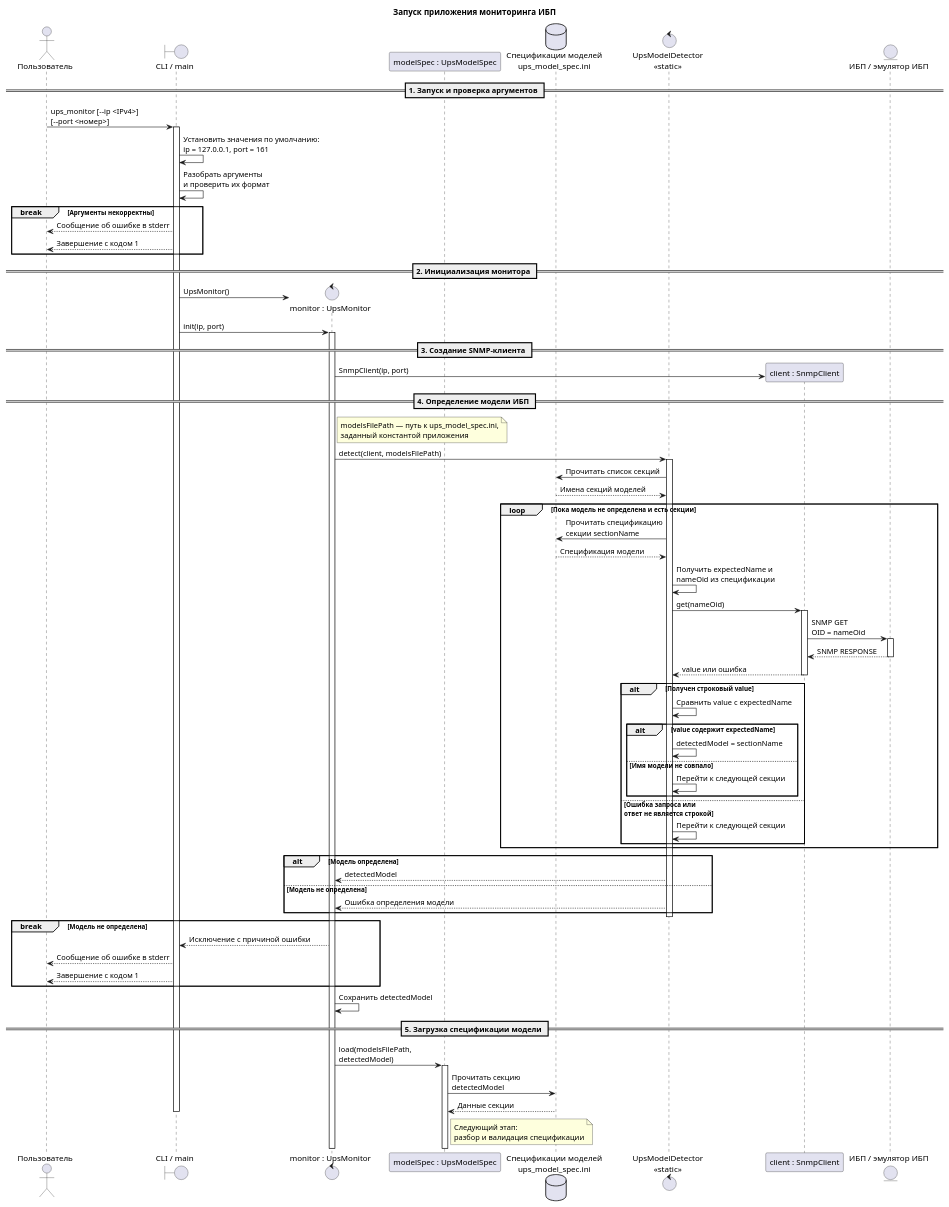
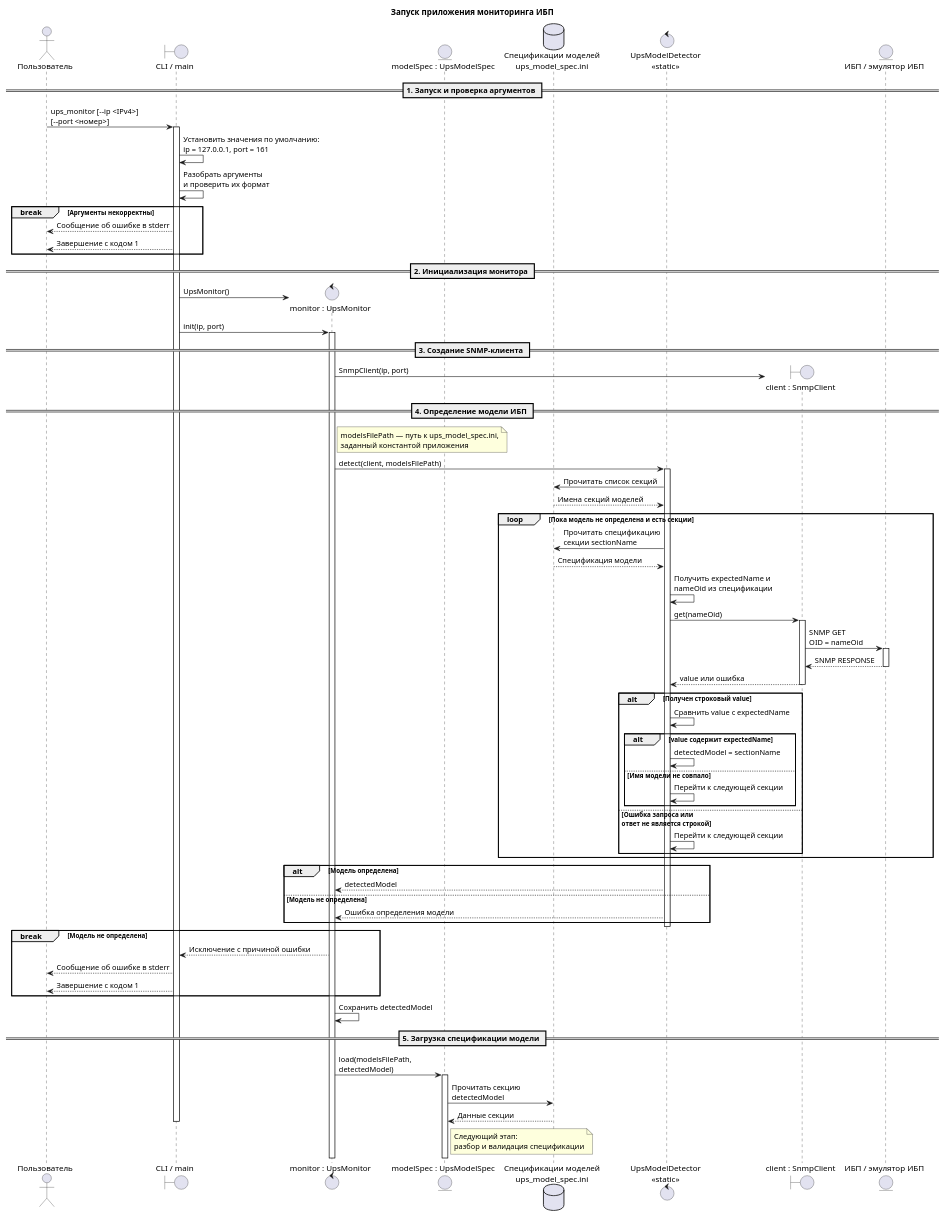
One commit to dvbgmdev-otus/ups_monitor changed the diagram in docs/technical_specification/sequence_diagram.puml. Above: the diagram before and after it, drawn with PlantUML.

Commit message:
docs(ups): уточнены роли участников диаграммы

```diff
--- a/docs/technical_specification/sequence_diagram.puml
+++ b/docs/technical_specification/sequence_diagram.puml
@@ -1,103 +1,103 @@
 @startuml ups_monitor_sequence
 title Запуск приложения мониторинга ИБП
 
 actor "Пользователь" as User
 boundary "CLI / main" as CLI
 
 == 1. Запуск и проверка аргументов ==
 
 User -> CLI: ups_monitor [~--ip <IPv4>]\n[~--port <номер>]
 activate CLI
 
 CLI -> CLI: Установить значения по умолчанию:\nip = 127.0.0.1, port = 161
 CLI -> CLI: Разобрать аргументы\nи проверить их формат
 
 break Аргументы некорректны
     CLI --> User: Сообщение об ошибке в stderr
     CLI --> User: Завершение с кодом 1
 end
 
 == 2. Инициализация монитора ==
 
 create control "monitor : UpsMonitor" as Monitor
 CLI -> Monitor: UpsMonitor()
 CLI -> Monitor: init(ip, port)
 activate Monitor
 
-participant "modelSpec : UpsModelSpec" as ModelSpec
+entity "modelSpec : UpsModelSpec" as ModelSpec
 database "Спецификации моделей\nups_model_spec.ini" as ModelsDb
 control "UpsModelDetector\n<<static>>" as Detector
 
 == 3. Создание SNMP-клиента ==
 
-create participant "client : SnmpClient" as Snmp
+create boundary "client : SnmpClient" as Snmp
 Monitor -> Snmp: SnmpClient(ip, port)
 entity "ИБП / эмулятор ИБП" as Ups
 
 == 4. Определение модели ИБП ==
 
 note right of Monitor
     modelsFilePath — путь к ups_model_spec.ini,
     заданный константой приложения
 end note
 
 Monitor -> Detector: detect(client, modelsFilePath)
 activate Detector
 Detector -> ModelsDb: Прочитать список секций
 ModelsDb --> Detector: Имена секций моделей
 
 loop Пока модель не определена и есть секции
     Detector -> ModelsDb: Прочитать спецификацию\nсекции sectionName
     ModelsDb --> Detector: Спецификация модели
     Detector -> Detector: Получить expectedName и\nnameOid из спецификации
     Detector -> Snmp: get(nameOid)
     activate Snmp
     Snmp -> Ups: SNMP GET\nOID = nameOid
     activate Ups
     Ups --> Snmp: SNMP RESPONSE
     deactivate Ups
     Snmp --> Detector: value или ошибка
     deactivate Snmp
 
     alt Получен строковый value
         Detector -> Detector: Сравнить value с expectedName
 
         alt value содержит expectedName
             Detector -> Detector: detectedModel = sectionName
         else Имя модели не совпало
             Detector -> Detector: Перейти к следующей секции
         end
     else Ошибка запроса или\nответ не является строкой
         Detector -> Detector: Перейти к следующей секции
     end
 end
 
 alt Модель определена
     Detector --> Monitor: detectedModel
 else Модель не определена
     Detector --> Monitor: Ошибка определения модели
 end
 deactivate Detector
 
 break Модель не определена
     Monitor --> CLI: Исключение с причиной ошибки
     CLI --> User: Сообщение об ошибке в stderr
     CLI --> User: Завершение с кодом 1
 end
 
 Monitor -> Monitor: Сохранить detectedModel
 
 == 5. Загрузка спецификации модели ==
 
 Monitor -> ModelSpec: load(modelsFilePath,\ndetectedModel)
 activate ModelSpec
 ModelSpec -> ModelsDb: Прочитать секцию\ndetectedModel
 ModelsDb --> ModelSpec: Данные секции
 
 note right of ModelSpec
     Следующий этап:
     разбор и валидация спецификации
 end note
 
 deactivate CLI
 @enduml
```
